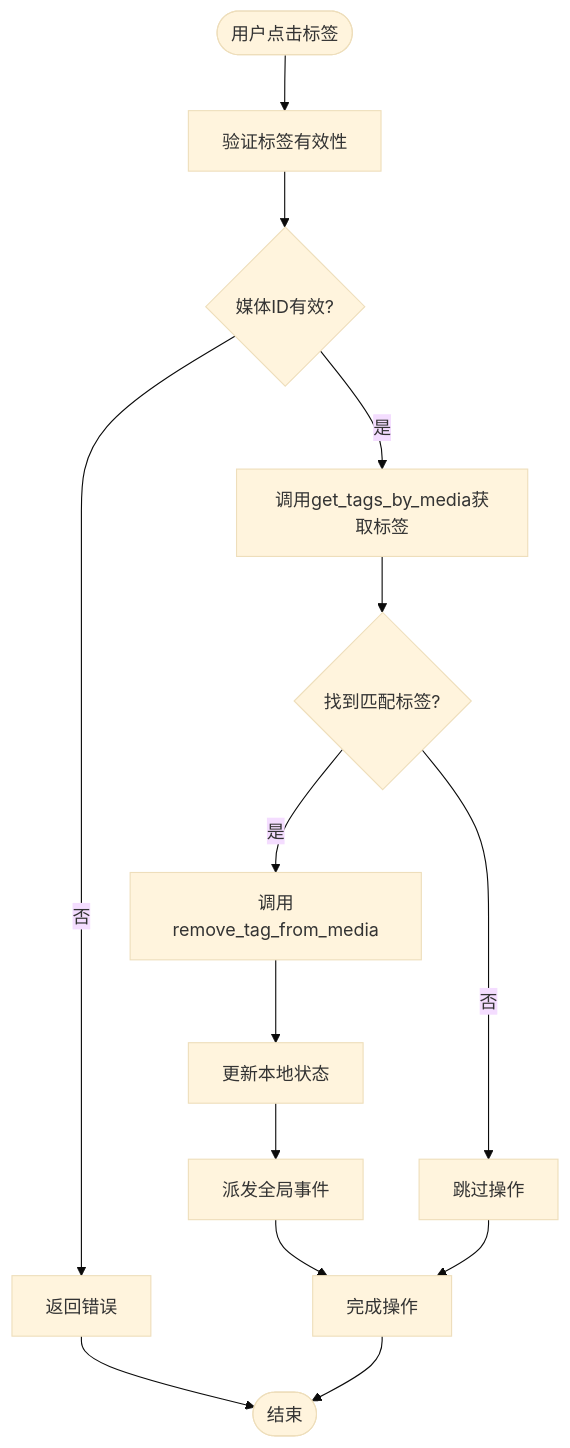
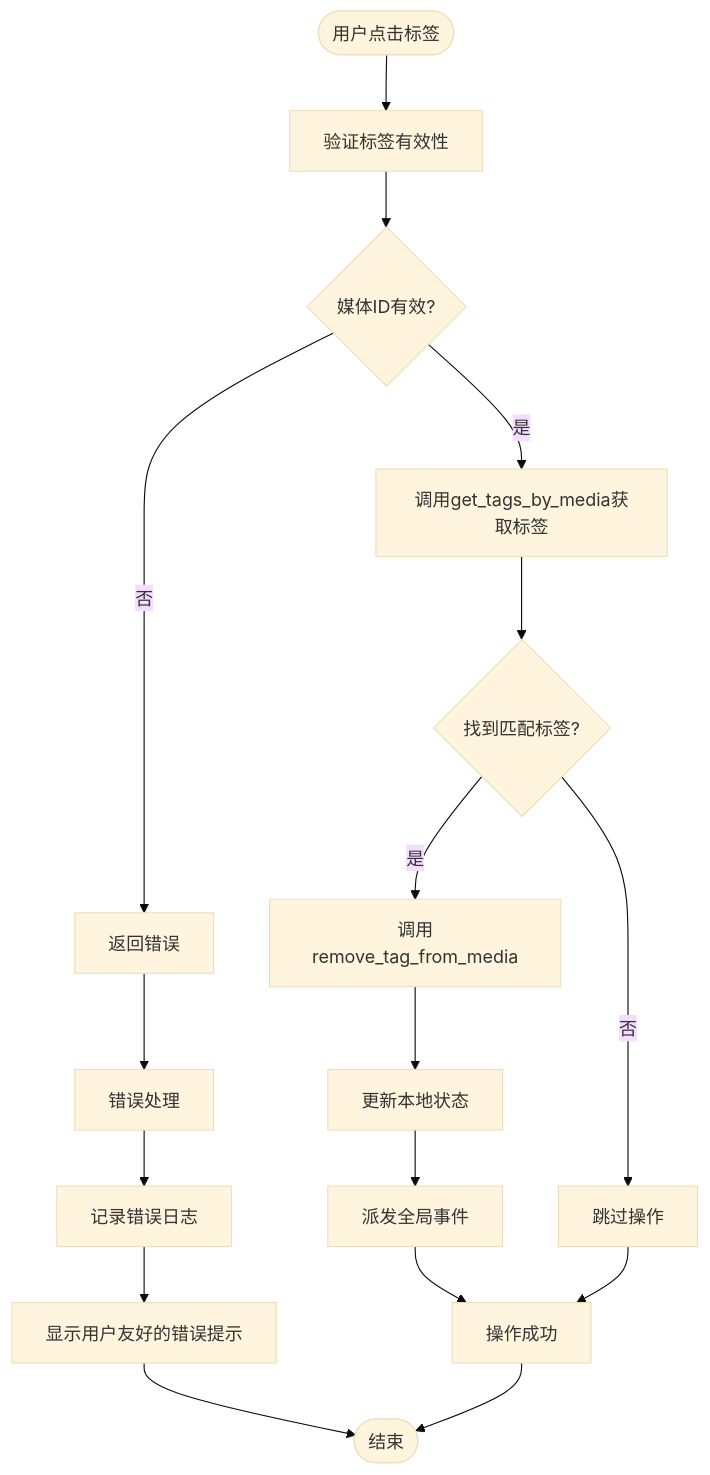
The third of 8 diagrams in repowiki/zh/content/UI 组件/核心组件/MediaCard 媒体卡片组件.md (YLee9527/Medex), drawn with Mermaid (base theme) before and after one commit. The commit also changed other lines of this file and 13 other files, not shown here.

````diff
--- a/repowiki/zh/content/UI 组件/核心组件/MediaCard 媒体卡片组件.md
+++ b/repowiki/zh/content/UI 组件/核心组件/MediaCard 媒体卡片组件.md
@@ -188,16 +238,19 @@
 ```mermaid
 flowchart TD
 Start([用户点击标签]) --> Validate["验证标签有效性"]
 Validate --> CheckId{"媒体ID有效?"}
 CheckId --> |否| ReturnError["返回错误"]
 CheckId --> |是| FetchTags["调用get_tags_by_media获取标签"]
 FetchTags --> MatchTag{"找到匹配标签?"}
 MatchTag --> |否| SkipOperation["跳过操作"]
 MatchTag --> |是| RemoveTag["调用remove_tag_from_media"]
 RemoveTag --> UpdateLocal["更新本地状态"]
 UpdateLocal --> DispatchEvents["派发全局事件"]
-DispatchEvents --> Complete["完成操作"]
-SkipOperation --> Complete
-ReturnError --> End([结束])
-Complete --> End
+DispatchEvents --> Success["操作成功"]
+SkipOperation --> Success
+ReturnError --> ErrorHandling["错误处理"]
+ErrorHandling --> LogError["记录错误日志"]
+LogError --> ShowAlert["显示用户友好的错误提示"]
+ShowAlert --> End([结束])
+Success --> End
 ```
````
